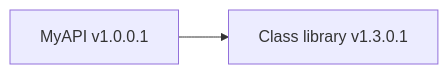
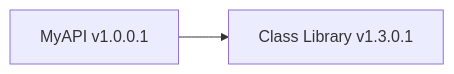
Before and after one commit to SkylineCommunications/dataminer-docs: the second of 4 diagrams in develop/TOOLS/NuGet/Run_Time_Assembly_Binding.md, drawn with Mermaid. The commit also changed other lines of this file and 4 other files, not shown here.

````diff
--- a/develop/TOOLS/NuGet/Run_Time_Assembly_Binding.md
+++ b/develop/TOOLS/NuGet/Run_Time_Assembly_Binding.md
@@ -70,4 +72,4 @@
 ```mermaid
 flowchart LR
-    a1[MyAPI v1.0.0.1] --> a2[Class library v1.3.0.1]
+    a1[MyAPI v1.0.0.1] --> a2[Class Library v1.3.0.1]
 ```
````
